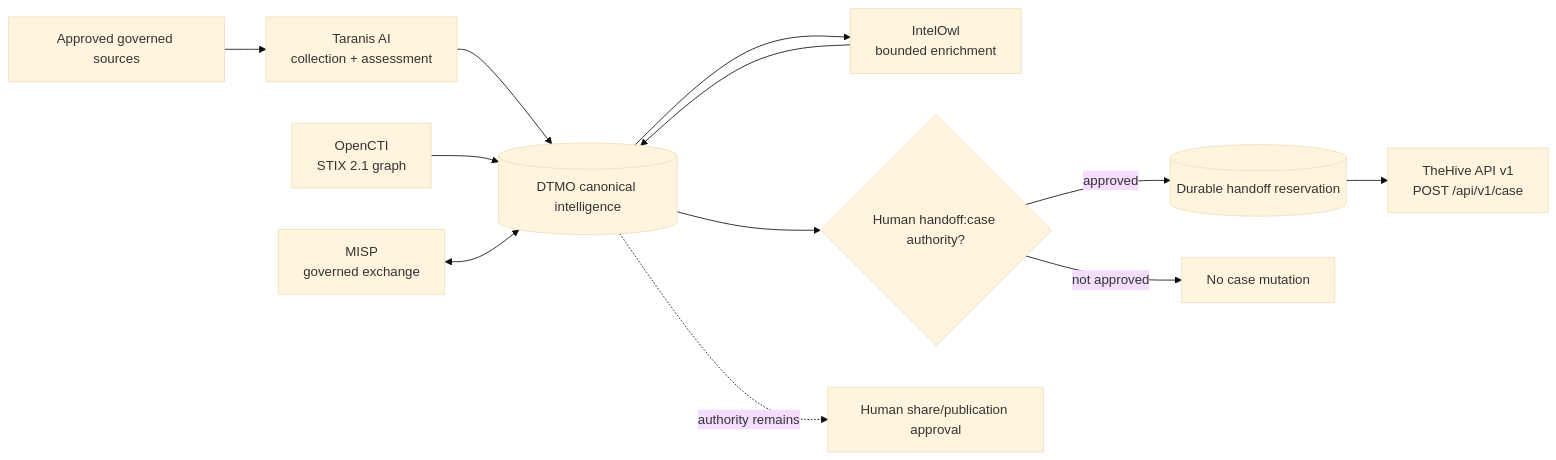
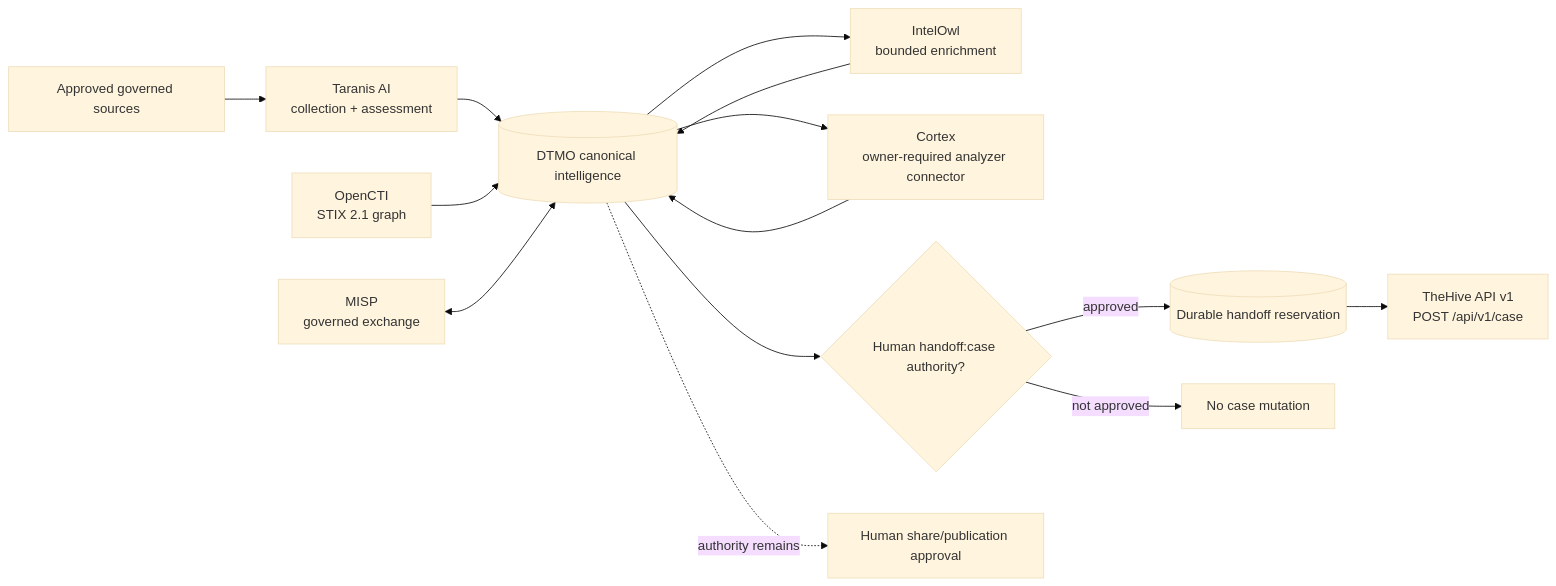
Before and after one commit to GJvManen/dtmo: the diagram in README.md, drawn with Mermaid (base theme). The commit also changed other lines of this file, not shown here.

Commit message:
Phase 11.7b: reconcile project README for Cortex connector

````diff
--- a/README.md
+++ b/README.md
@@ -34,14 +36,16 @@
 ```mermaid
 flowchart LR
     S[Approved governed sources] --> TAR[Taranis AI\ncollection + assessment]
     TAR --> D[(DTMO canonical intelligence)]
     D --> OWL[IntelOwl\nbounded enrichment]
     OWL --> D
+    D --> CTX[Cortex\nowner-required analyzer connector]
+    CTX --> D
     O[OpenCTI\nSTIX 2.1 graph] --> D
     M[MISP\ngoverned exchange] <--> D
     D --> H{Human handoff:case authority?}
     H -->|approved| R[(Durable handoff reservation)]
     H -->|not approved| N[No case mutation]
     R --> TH[TheHive API v1\nPOST /api/v1/case]
     D -. authority remains .-> P[Human share/publication approval]
 ```
````
